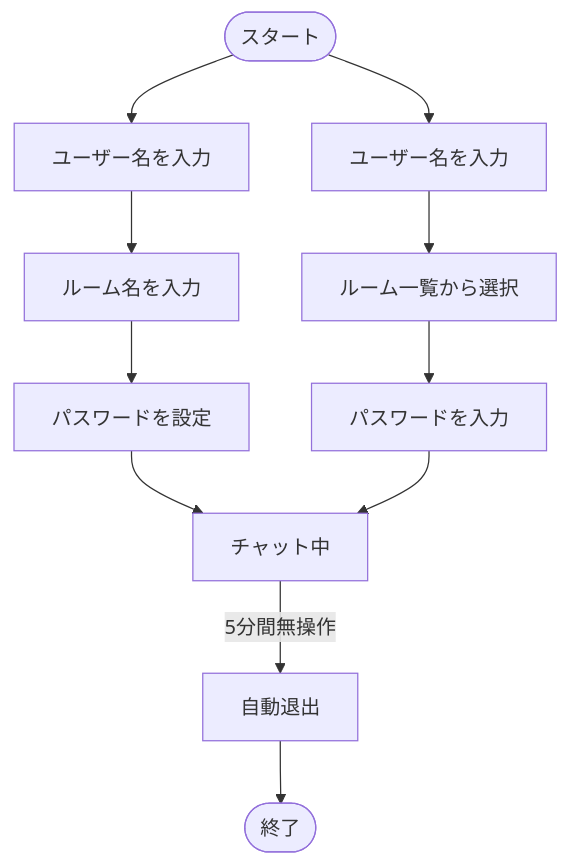
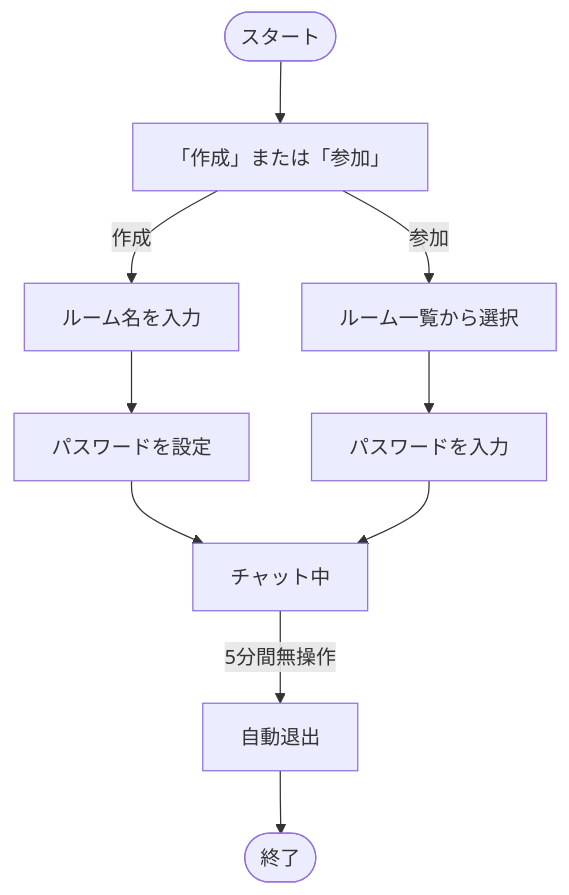
Before and after one commit to BackendExplorer/Online-Chat-Service: the first of 5 diagrams in README.md, drawn with Mermaid.

````diff
--- a/README.md
+++ b/README.md
@@ -1,25 +1,21 @@
 ```mermaid
 flowchart TD
-    %%─── ノード定義 ───
-    Start([スタート])
+%%─── ノード定義 ───
+Start([スタート])
+選択["「作成」または「参加」"]
+ルーム名入力[ルーム名を入力]
+パスワード設定[パスワードを設定]
+ルーム一覧[ルーム一覧から選択]
+パスワード入力[パスワードを入力]
+チャット中[チャット中]
+自動退出[自動退出]
+End([終了])
 
-    入力作成[ユーザー名を入力]
-    ルーム名入力[ルーム名を入力]
-    パスワード設定[パスワードを設定]
+%%─── フロー定義 ───
+Start --> 選択
+選択 -- 作成 --> ルーム名入力 --> パスワード設定 --> チャット中
+選択 -- 参加 --> ルーム一覧 --> パスワード入力 --> チャット中
+チャット中 -->|5分間無操作| 自動退出 --> End
 
-    入力参加[ユーザー名を入力]
-    ルーム一覧[ルーム一覧から選択]
-    パスワード入力[パスワードを入力]
-
-    チャット中[チャット中]
-    自動退出[自動退出]
-    End([終了])
-
-    %%─── フロー定義 ───
-    Start --> 入力作成
-    入力作成 --> ルーム名入力 --> パスワード設定 --> チャット中
-    Start --> 入力参加
-    入力参加 --> ルーム一覧 --> パスワード入力 --> チャット中
-    チャット中 -->|5分間無操作| 自動退出 --> End
 
 ```
````
